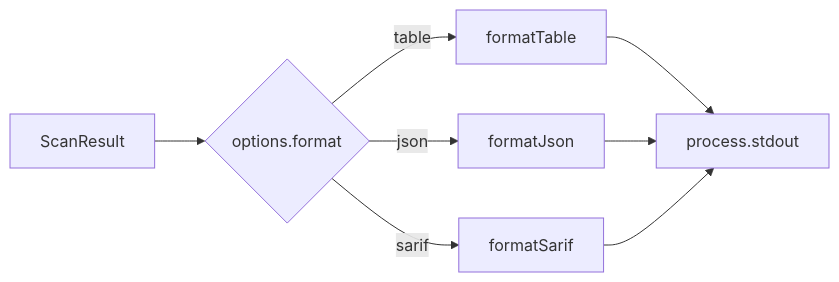
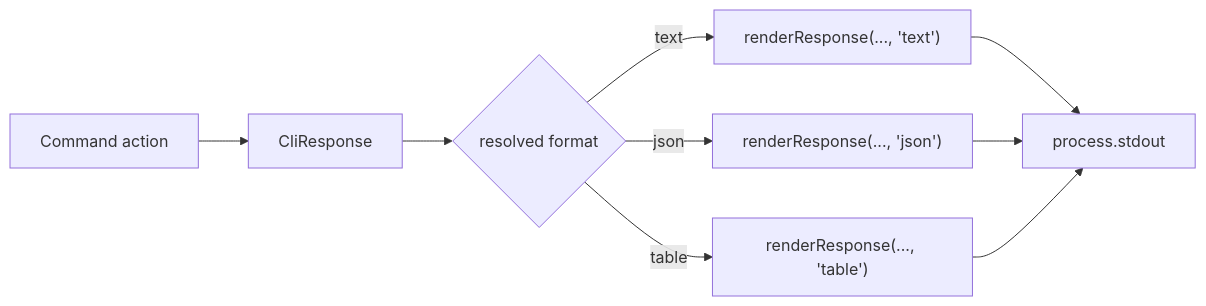
One commit to towardsthecloud/cloudburn changed the second of 2 diagrams in docs/architecture/cli.md. Above: the diagram before and after it, drawn with Mermaid. The commit also changed other lines of this file and 21 other files, not shown here.

````diff
--- a/docs/architecture/cli.md
+++ b/docs/architecture/cli.md
@@ -26,10 +25,11 @@
 ```mermaid
 graph LR
-  Result["ScanResult"] --> Dispatch{"options.format"}
-  Dispatch -->|table| Table["formatTable"]
-  Dispatch -->|json| JSON["formatJson"]
-  Dispatch -->|sarif| SARIF["formatSarif"]
-  Table --> Stdout["process.stdout"]
+  Command["Command action"] --> Response["CliResponse"]
+  Response --> Dispatch{"resolved format"}
+  Dispatch -->|text| Text["renderResponse(..., 'text')"]
+  Dispatch -->|json| JSON["renderResponse(..., 'json')"]
+  Dispatch -->|table| Table["renderResponse(..., 'table')"]
+  Text --> Stdout["process.stdout"]
   JSON --> Stdout
-  SARIF --> Stdout
+  Table --> Stdout
 ```
````
